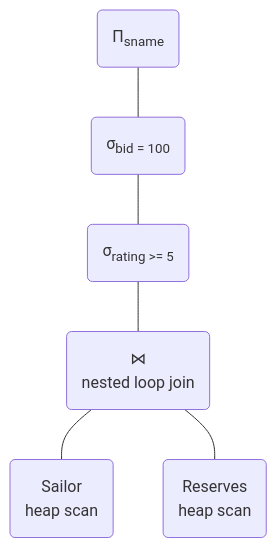
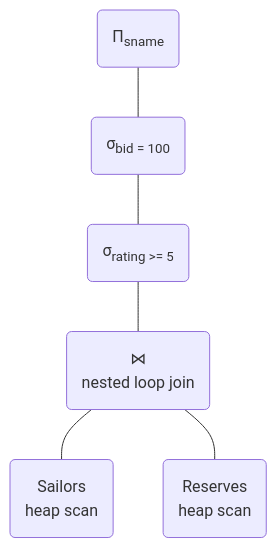
The second of 9 diagrams in cc8.md (sutd50043/cohortclass), drawn with Mermaid before and after one commit. The commit also changed other lines of this file, not shown here.

````diff
--- a/cc8.md
+++ b/cc8.md
@@ -204,8 +204,8 @@
 ```mermaid
 graph
 a("&Pi;<sub>sname</sub>") --- b
 b("&sigma;<sub>bid = 100</sub>")  --- c
 c("&sigma;<sub>rating >= 5</sub>") --- d
-d("&bowtie;") --- e("Sailor <br/> heap scan")
+d("&bowtie;") --- e("Sailors <br/> heap scan")
 d("&bowtie;<br/> nested loop join") --- f("Reserves <br/> heap scan")
 ```
````
